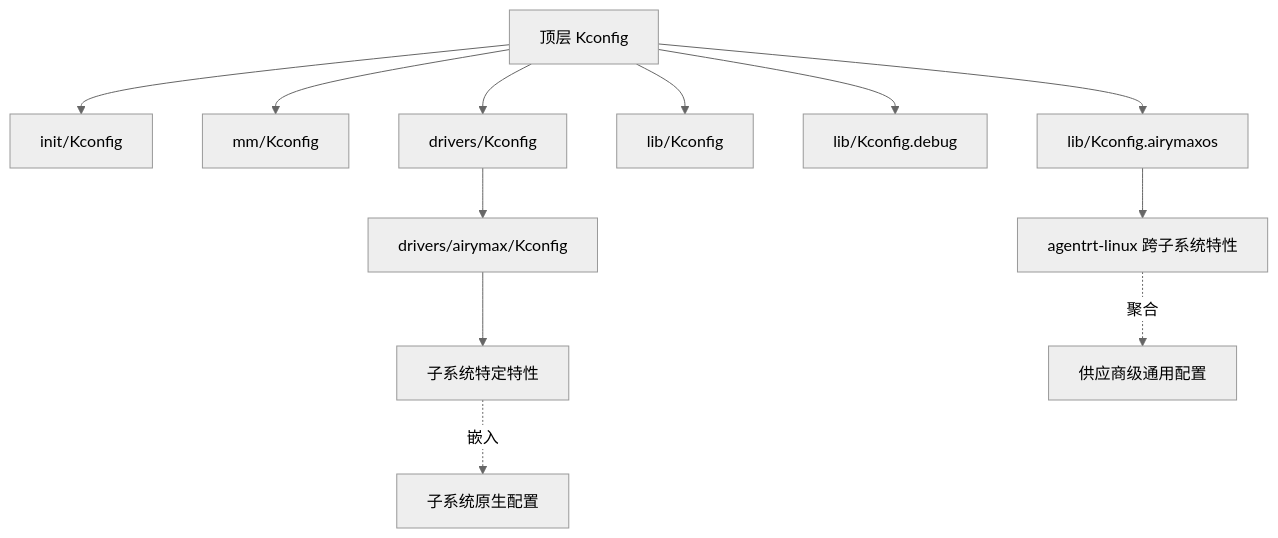
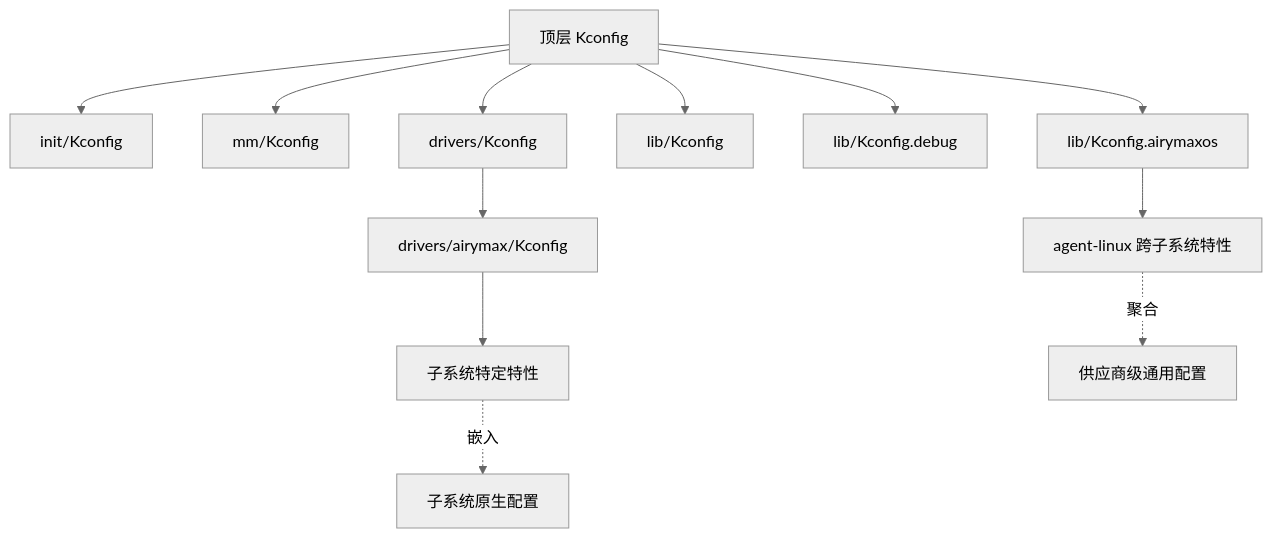
The third of 4 diagrams in 70-build-system/02-kconfig-system.md (openairymax/docs-linux), drawn with Mermaid (neutral theme) before and after one commit. The commit also changed other lines of this file and 172 other files, not shown here.

Commit message:
docs: rename agentrt-linux to agent-linux across docs v0.1.3 双工程结构：agentrt-linux 改名 agent-linux。docs 全仓 186 个 文件中的 agentrt-linux 引用统一为 agent-linux（AirymaxOS 工程名/ URL/路径引用；commit hash 与历史不变）。

````diff
--- a/70-build-system/02-kconfig-system.md
+++ b/70-build-system/02-kconfig-system.md
@@ -370,14 +370,14 @@
 ```mermaid
 flowchart TD
     TOP[顶层 Kconfig] --> SRC1[init/Kconfig]
     TOP --> SRC2[mm/Kconfig]
     TOP --> SRC3[drivers/Kconfig]
     TOP --> SRC4[lib/Kconfig]
     TOP --> SRC5[lib/Kconfig.debug]
     TOP --> SRC6[lib/Kconfig.airymaxos]
-    SRC6 --> V1[agentrt-linux 跨子系统特性]
+    SRC6 --> V1[agent-linux 跨子系统特性]
     SRC3 --> D1[drivers/airymax/Kconfig]
     D1 --> D2[子系统特定特性]
     V1 -.聚合.-> VEND[供应商级通用配置]
     D2 -.嵌入.-> SUB[子系统原生配置]
 ```
````
